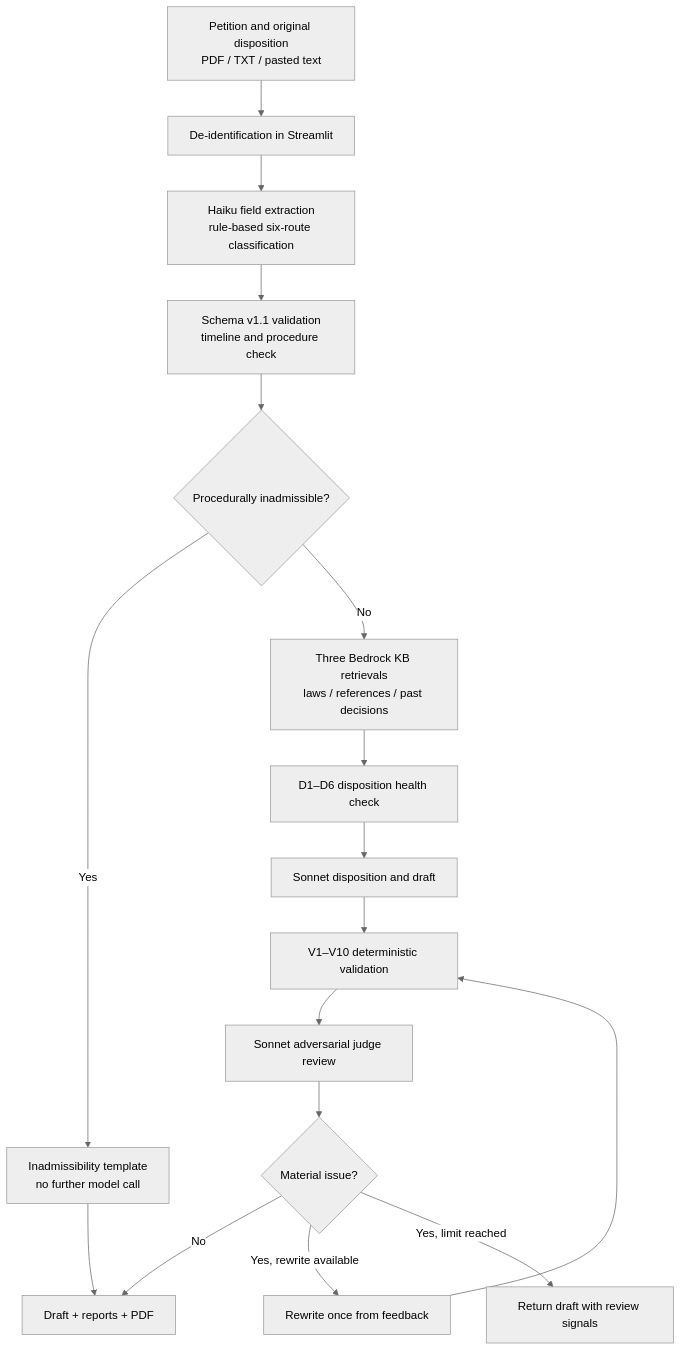
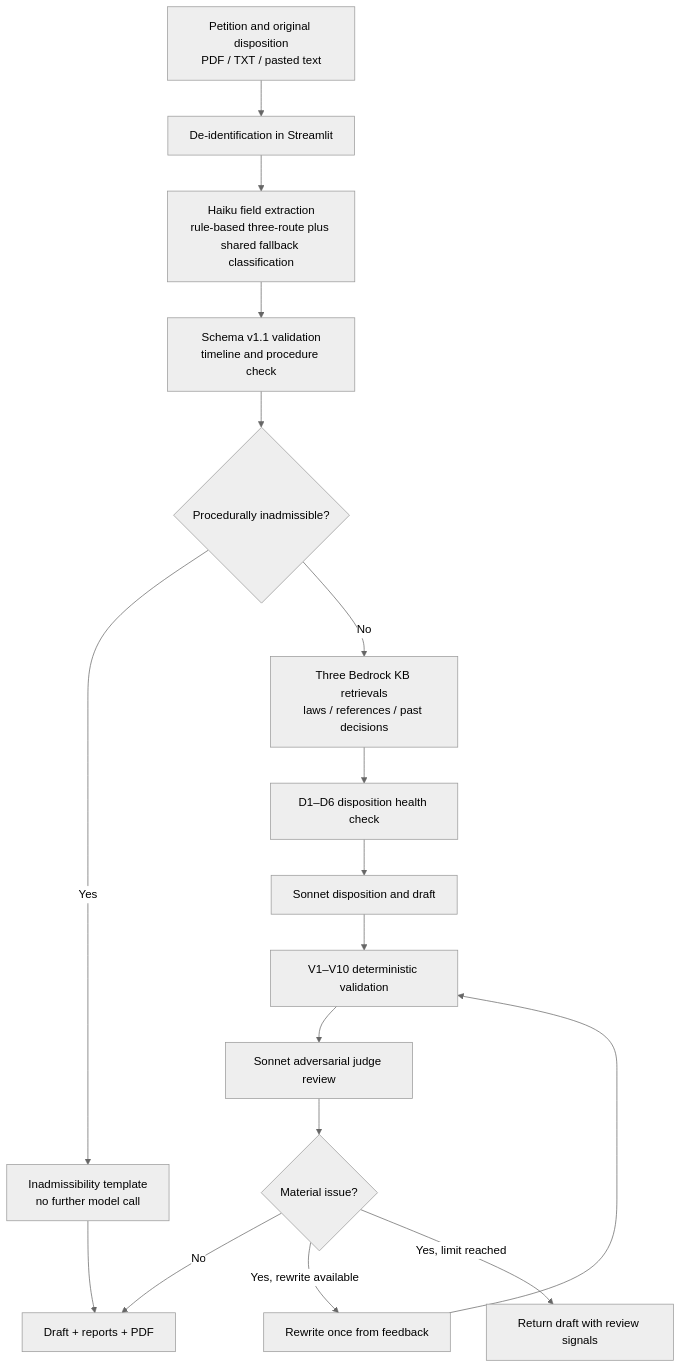
One commit to jsyang0322/2026_NTPC_hackathon changed the diagram in README.en.md. Above: the diagram before and after it, drawn with Mermaid (neutral theme). The commit also changed other lines of this file and 1 other file, not shown here.

Commit message:
docs: update route documentation

````diff
--- a/README.en.md
+++ b/README.en.md
@@ -52,19 +52,19 @@
 ```mermaid
 flowchart TD
     A[Petition and original disposition<br/>PDF / TXT / pasted text] --> B[De-identification in Streamlit]
-    B --> C[Haiku field extraction<br/>rule-based six-route classification]
+    B --> C[Haiku field extraction<br/>rule-based three-route plus shared fallback classification]
     C --> D[Schema v1.1 validation<br/>timeline and procedure check]
     D --> E{Procedurally inadmissible?}
     E -- Yes --> F[Inadmissibility template<br/>no further model call]
     E -- No --> G[Three Bedrock KB retrievals<br/>laws / references / past decisions]
     G --> H[D1–D6 disposition health check]
     H --> I[Sonnet disposition and draft]
     I --> J[V1–V10 deterministic validation]
     J --> K[Sonnet adversarial judge review]
     K --> L{Material issue?}
     L -- No --> M[Draft + reports + PDF]
     L -- Yes, rewrite available --> N[Rewrite once from feedback]
     N --> J
     L -- Yes, limit reached --> O[Return draft with review signals]
     F --> M
 ```
````
